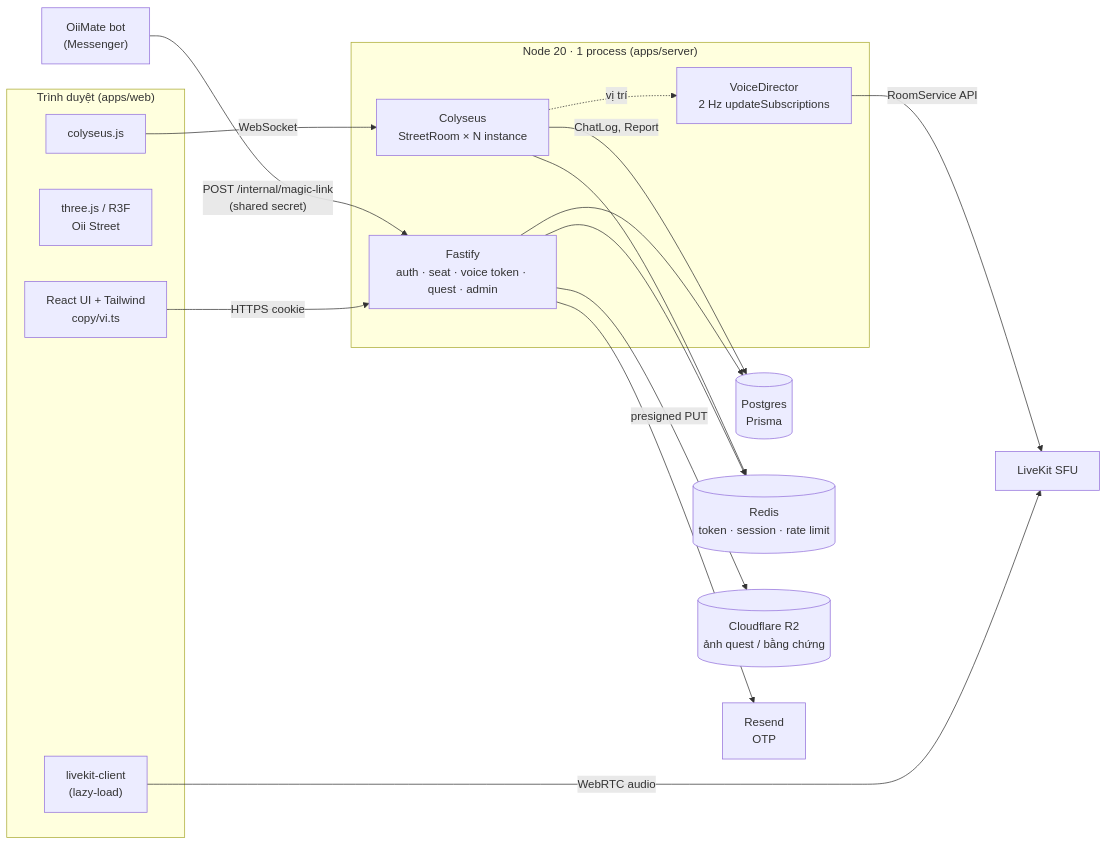
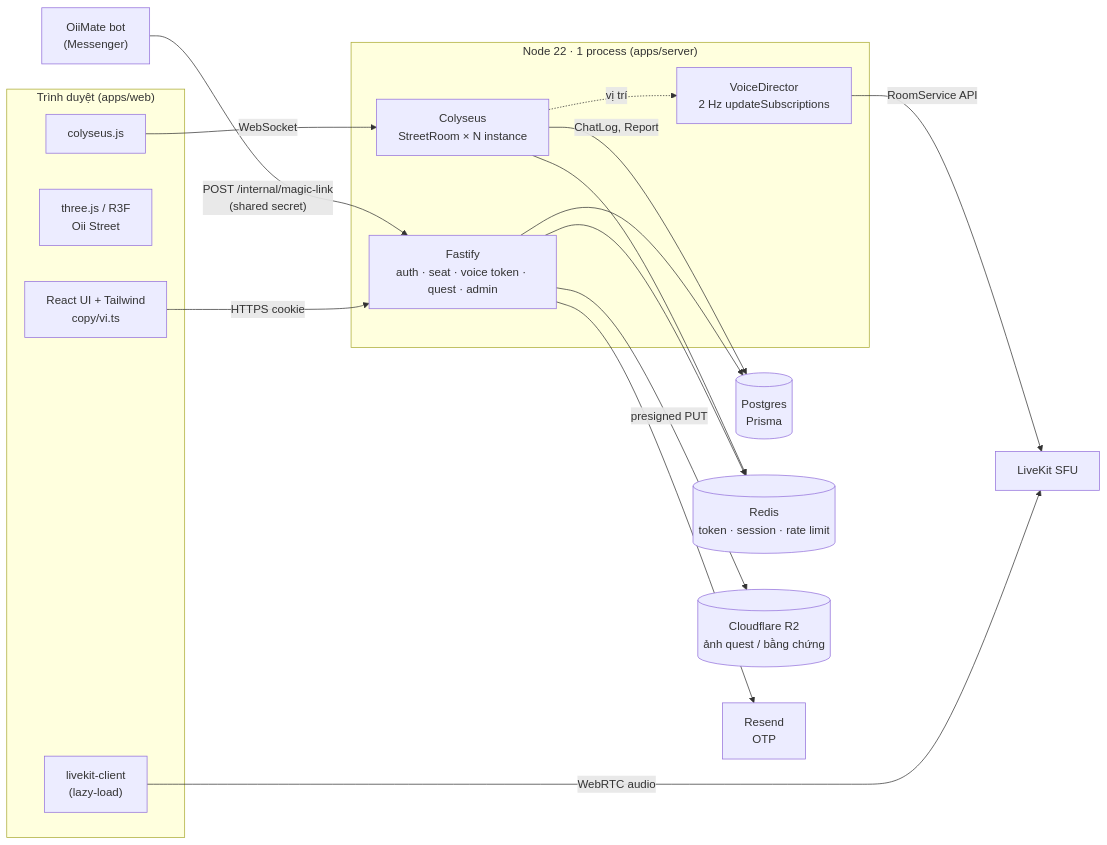
Before and after one commit to tonyfromvietnam/oii-bus: the first of 9 diagrams in docs/ARCHITECTURE.md, drawn with Mermaid. The commit also changed 14 other files, not shown here.

````diff
--- a/docs/ARCHITECTURE.md
+++ b/docs/ARCHITECTURE.md
@@ -7,35 +7,35 @@
 ```mermaid
 flowchart LR
   subgraph Client["Trình duyệt (apps/web)"]
     UI["React UI + Tailwind<br/>copy/vi.ts"]
     R3F["three.js / R3F<br/>Oii Street"]
     COL_C["colyseus.js"]
     LK_C["livekit-client<br/>(lazy-load)"]
   end
 
-  subgraph Server["Node 20 · 1 process (apps/server)"]
+  subgraph Server["Node 22 · 1 process (apps/server)"]
     API["Fastify<br/>auth · seat · voice token · quest · admin"]
     ROOMS["Colyseus<br/>StreetRoom × N instance"]
     VOICE["VoiceDirector<br/>2 Hz updateSubscriptions"]
   end
 
   BOT["OiiMate bot<br/>(Messenger)"]
   PG[("Postgres<br/>Prisma")]
   RD[("Redis<br/>token · session · rate limit")]
   LK["LiveKit SFU"]
   R2[("Cloudflare R2<br/>ảnh quest / bằng chứng")]
   MAIL["Resend<br/>OTP"]
 
   UI -- HTTPS cookie --> API
   COL_C -- WebSocket --> ROOMS
   LK_C -- WebRTC audio --> LK
   BOT -- "POST /internal/magic-link<br/>(shared secret)" --> API
   API --> PG
   API --> RD
   ROOMS --> RD
   ROOMS -- ChatLog, Report --> PG
   VOICE -- RoomService API --> LK
   ROOMS -. vị trí .-> VOICE
   API -- presigned PUT --> R2
   API --> MAIL
 ```
````
